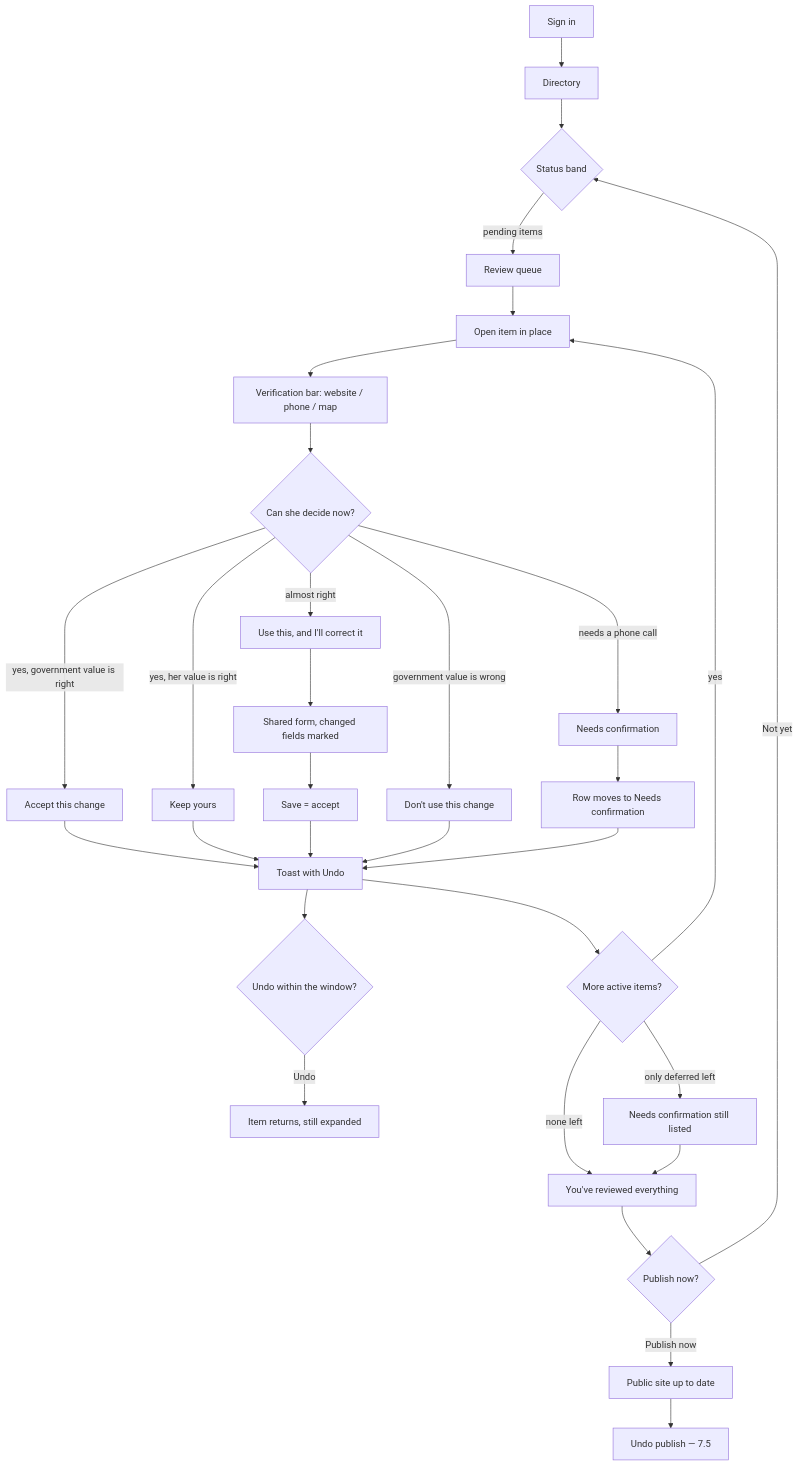
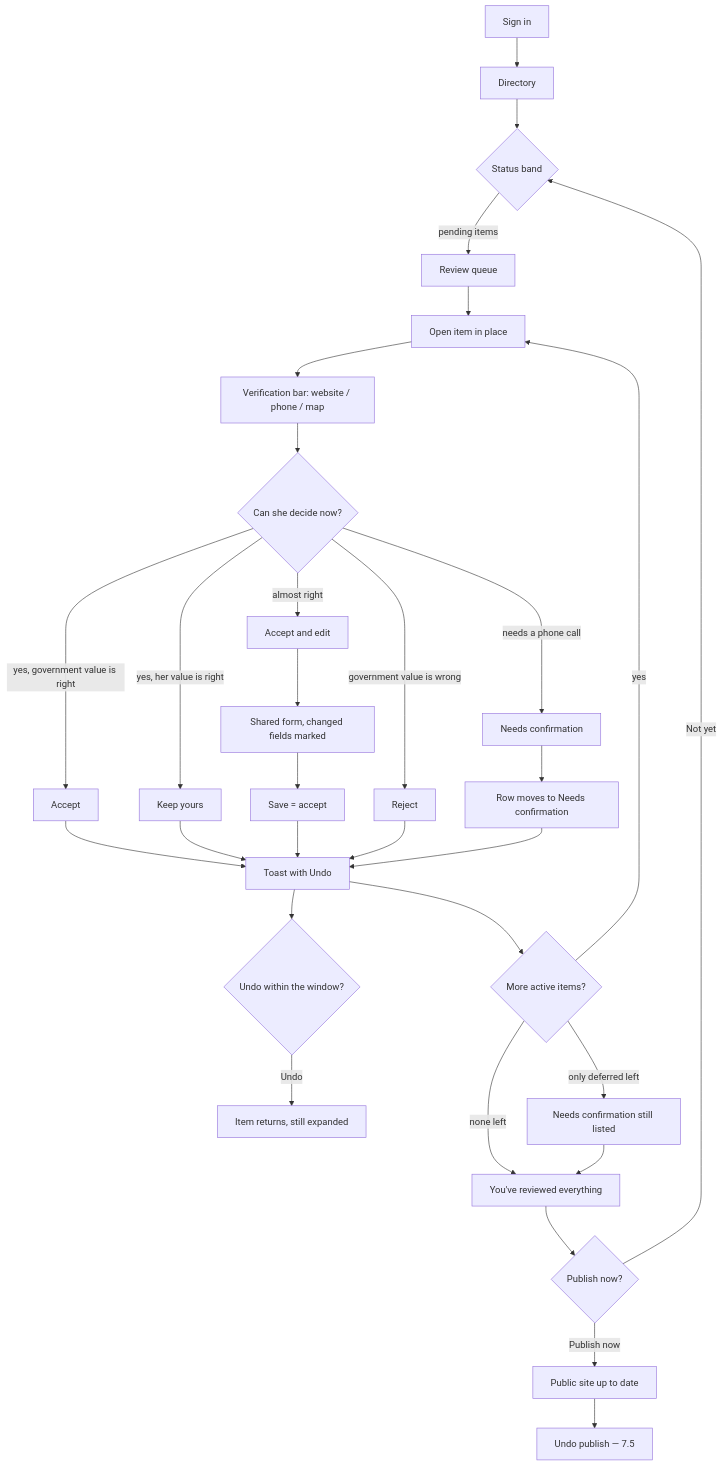
One commit to irab/porirua-locality-preview changed the first of 4 diagrams in docs/design/editor-interface-design.md. Above: the diagram before and after it, drawn with Mermaid. The commit also changed other lines of this file and 13 other files, not shown here.

````diff
--- a/docs/design/editor-interface-design.md
+++ b/docs/design/editor-interface-design.md
@@ -378,30 +378,30 @@
 ```mermaid
 flowchart TD
   signin[Sign in] --> land[Directory]
   land --> band{Status band}
   band -->|pending items| queue[Review queue]
   queue --> open[Open item in place]
   open --> verify[Verification bar: website / phone / map]
   verify --> decide{Can she decide now?}
-  decide -->|yes, government value is right| accept[Accept this change]
+  decide -->|yes, government value is right| accept[Accept]
   decide -->|yes, her value is right| keep[Keep yours]
-  decide -->|almost right| correct[Use this, and I'll correct it]
-  decide -->|government value is wrong| decline[Don't use this change]
+  decide -->|almost right| correct[Accept and edit]
+  decide -->|government value is wrong| decline[Reject]
   decide -->|needs a phone call| defer[Needs confirmation]
   accept --> toast[Toast with Undo]
   keep --> toast
   correct --> form[Shared form, changed fields marked] --> saveAccept[Save = accept] --> toast
   decline --> toast
   defer --> deferred[Row moves to Needs confirmation] --> toast
   toast --> undo{Undo within the window?}
   undo -->|Undo| restore[Item returns, still expanded]
   toast --> next{More active items?}
   next -->|yes| open
   next -->|only deferred left| later[Needs confirmation still listed]
   next -->|none left| finish[You've reviewed everything]
   later --> finish
   finish --> pub{Publish now?}
   pub -->|Publish now| live[Public site up to date]
   pub -->|Not yet| band
   live --> undoPub[Undo publish — 7.5]
 ```
````
